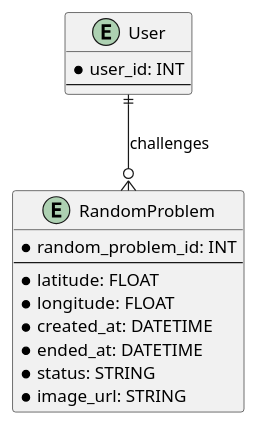
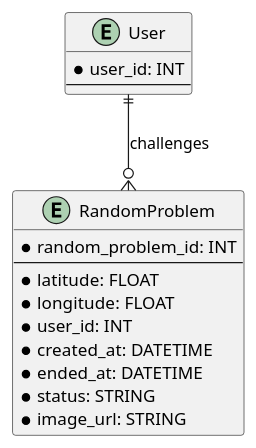
The diagram in docs/db_schema_random_only.puml (ZEROYON04/0810hackathon-back), drawn with PlantUML before and after one commit. The commit also changed 1 other file, not shown here.

```diff
--- a/docs/db_schema_random_only.puml
+++ b/docs/db_schema_random_only.puml
@@ -1,21 +1,22 @@
 @startuml db_schema_random_only
 
 entity "User" as user {
   * user_id: INT
   --
 }
 
 entity "RandomProblem" as RProblem {
   * random_problem_id: INT
   --
   * latitude: FLOAT
   * longitude: FLOAT
+  * user_id: INT
   * created_at: DATETIME
   * ended_at: DATETIME
   * status: STRING
   * image_url: STRING
 }
 
 user ||--o{ RProblem : challenges
 
 @enduml
```
